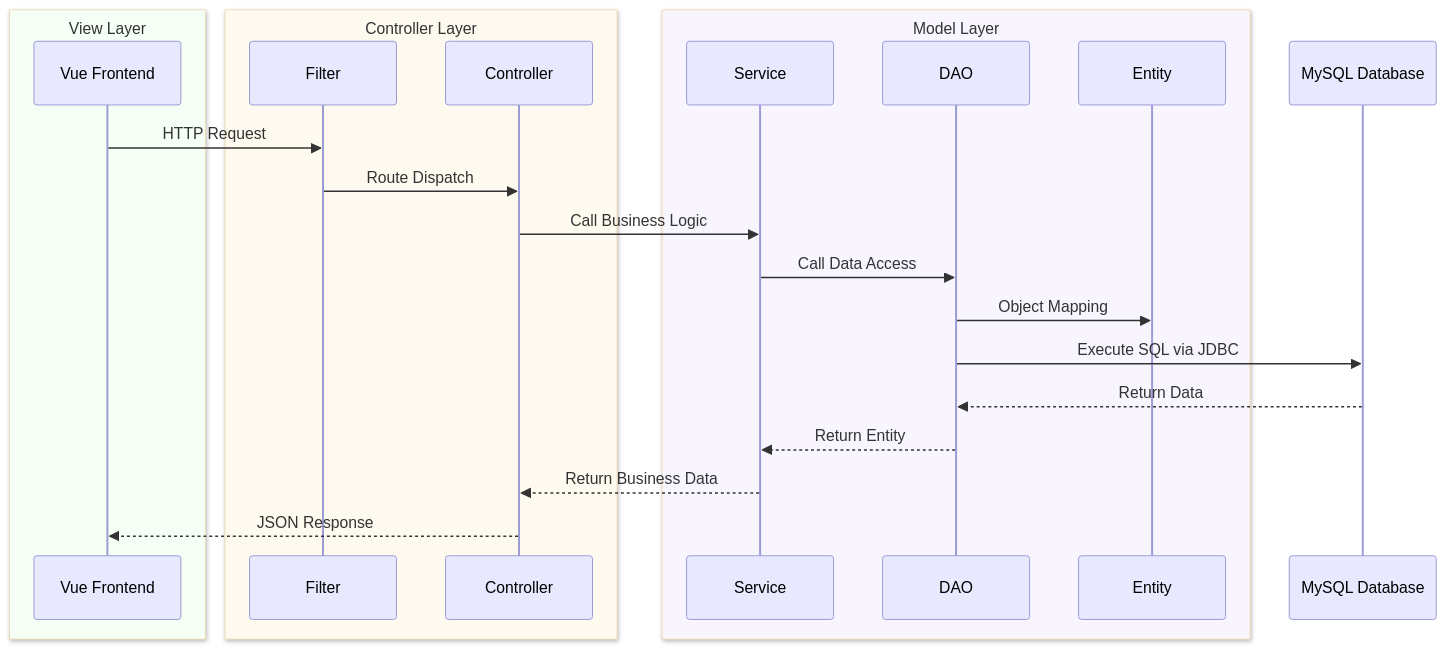
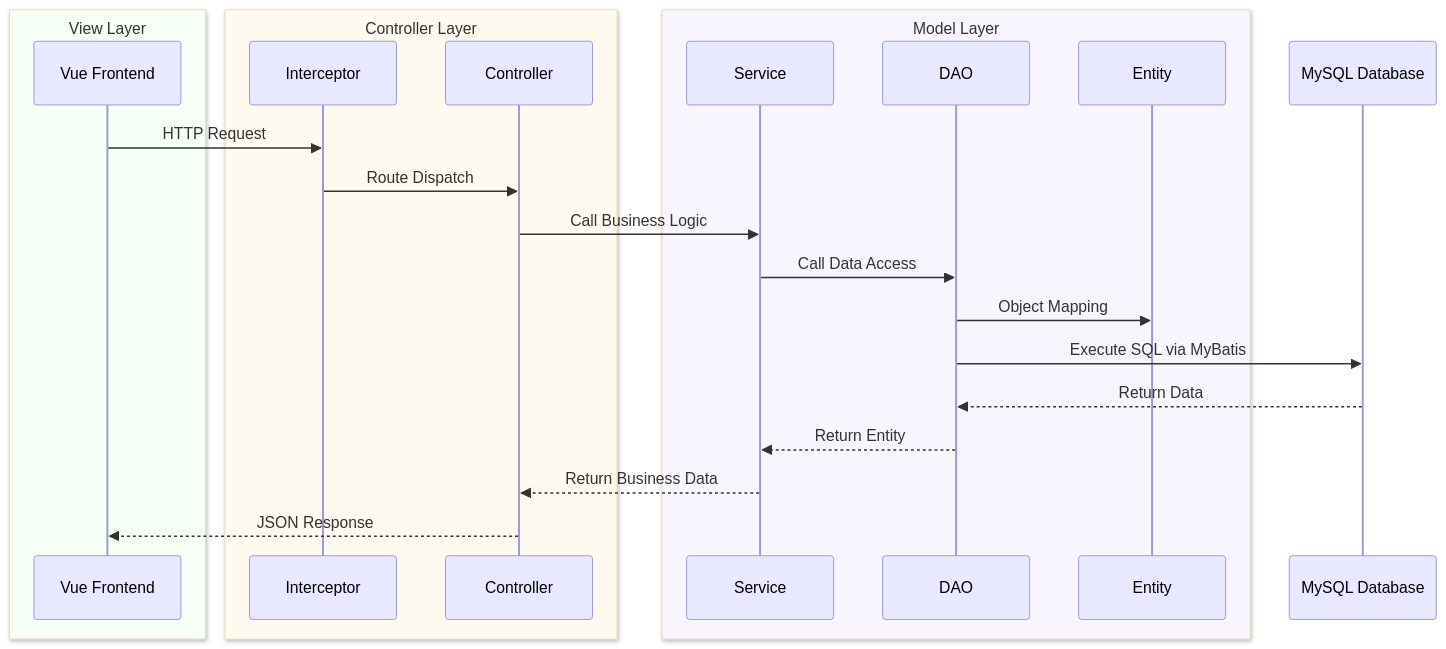
One commit to toaction/Micro-headlines changed the diagram in README.md. Above: the diagram before and after it, drawn with Mermaid. The commit also changed other lines of this file and 76 other files, not shown here.

````diff
--- a/README.md
+++ b/README.md
@@ -13,32 +17,32 @@
 ```mermaid
 %%{init: {'theme':'base', 'themeVariables': {'actorBkg':'#E8E8FF', 'actorBorder':'#9B9BD5', 'actorTextColor':'#000000', 'lineColor':'#7B7BA7', 'labelBoxBkgColor':'rgba(0,0,0,0)', 'labelBoxBorderColor':'rgba(0,0,0,0)'}}}%%
 sequenceDiagram
     box rgb(245, 255, 245) View Layer
     participant V as Vue Frontend
     end
     
     box rgb(255, 250, 240) Controller Layer
-    participant F as Filter
+    participant I as Interceptor
     participant C as Controller
     end
     
     box rgb(248, 245, 255) Model Layer
     participant S as Service
     participant D as DAO
     participant E as Entity
     end
     
     participant DB as MySQL Database
     
-    V->>F: HTTP Request
-    F->>C: Route Dispatch
+    V->>I: HTTP Request
+    I->>C: Route Dispatch
     C->>S: Call Business Logic
     S->>D: Call Data Access
     D->>E: Object Mapping
-    D->>DB: Execute SQL via JDBC
+    D->>DB: Execute SQL via MyBatis
     
     DB-->>D: Return Data
     D-->>S: Return Entity
     S-->>C: Return Business Data
     C-->>V: JSON Response
 ```
````
